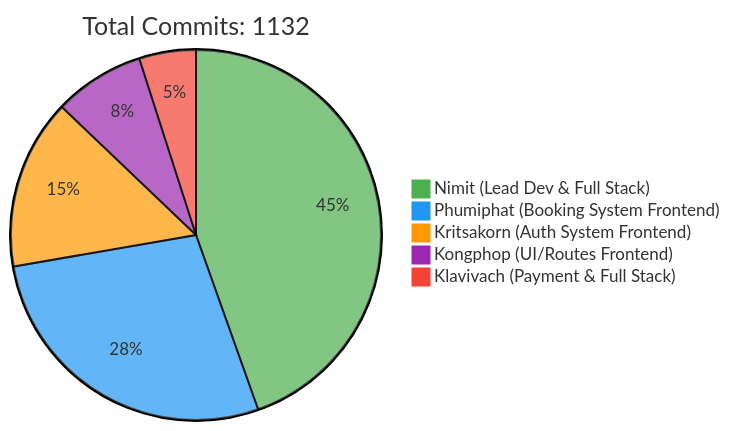
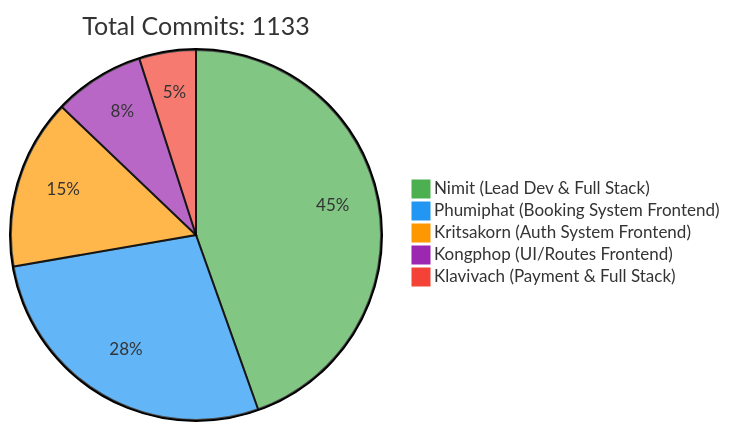
One commit to 6531503042/Sport-Complex changed the first of 2 diagrams in README.md. Above: the diagram before and after it, drawn with Mermaid. The commit also changed other lines of this file, not shown here.

Commit message:
docs: Update contributor statistics [skip ci]

````diff
--- a/README.md
+++ b/README.md
@@ -257,10 +257,10 @@
 ```mermaid
 %%{init: {'theme': 'base', 'themeVariables': { 'pie1': '#4CAF50', 'pie2': '#2196F3', 'pie3': '#FF9800', 'pie4': '#9C27B0', 'pie5': '#F44336'}}}%%
 pie
-    title Total Commits: 1132
+    title Total Commits: 1133
     "Nimit (Lead Dev & Full Stack)" : 450
     "Phumiphat (Booking System Frontend)" : 280
     "Kritsakorn (Auth System Frontend)" : 150
     "Kongphop (UI/Routes Frontend)" : 80
     "Klavivach (Payment & Full Stack)" : 50
 ```
````
